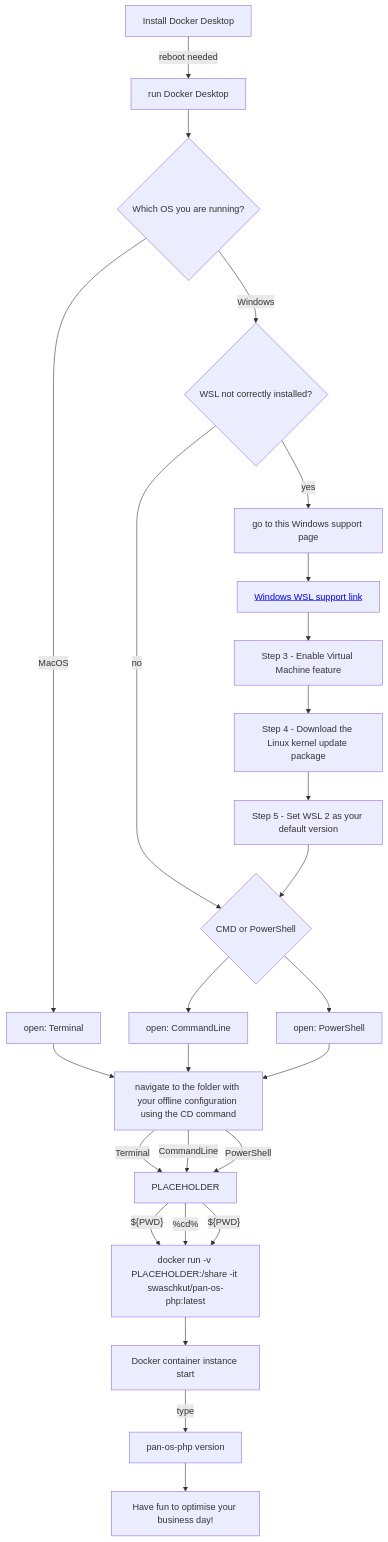
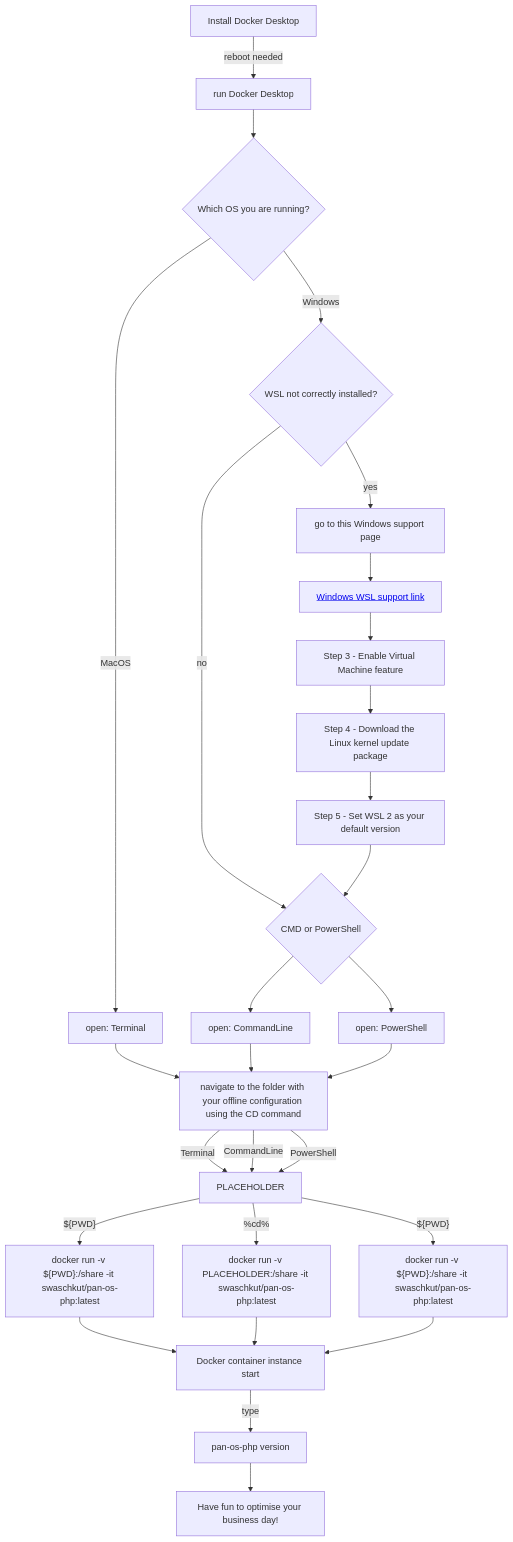
Before and after one commit to PaloAltoNetworks/pan-os-php: the diagram in READMEdocker.md, drawn with Mermaid.

````diff
--- a/READMEdocker.md
+++ b/READMEdocker.md
@@ -4,58 +4,60 @@
 ```mermaid
 graph TD
     
     
     BB[Install Docker Desktop] -->|reboot needed| CC[run Docker Desktop]
     CC --> CC1[which OS]
     
     CC1{Which OS you are running?} -->|MacOS| B1[open: Terminal]
     CC1{Which OS you are running?} -->|Windows| C1[check Docker]
     
     
     B1 --> Z[navigate to the folder with your offline configuration using the CD command]
     
     Z -->|Terminal| Z1[PLACEHOLDER]
-    Z1 -->|"${PWD}"| K1[docker run -v PLACEHOLDER:/share -it swaschkut/pan-os-php:latest]
+    Z1 -->|"${PWD}"| K1A["docker run -v ${PWD}:/share -it swaschkut/pan-os-php:latest"]
     
     
    
     
     
  
     
     C1{WSL not correctly installed?} -->|no| C8[continue]
     C1{WSL not correctly installed?} -->|yes| C3[go to this Windows support page]
     
    
     
     C3 --> C4[<a href='https://docs.microsoft.com/en-gb/windows/wsl/install-manual'>Windows WSL support link</a>]
     
     C4 --> C5[Step 3 - Enable Virtual Machine feature]
     C5 --> C6[Step 4 - Download the Linux kernel update package]
     C6 --> C7[Step 5 - Set WSL 2 as your default version]
     
     
     C7 --> C8[continue]
     
     C8{CMD or PowerShell} --> E2[open: CommandLine]
     C8{CMD or PowerShell} --> F2[open: PowerShell]
     
     
     E2 --> Z[navigate to the folder with your offline configuration using the CD command]
     Z -->|CommandLine| Z1[PLACEHOLDER]
     F2 --> Z[navigate to the folder with your offline configuration using the CD command]
     Z -->|PowerShell| Z1[PLACEHOLDER]
     
-    Z1 -->|"%cd%"| K1[docker run -v PLACEHOLDER:/share -it swaschkut/pan-os-php:latest]
-    Z1 -->|"${PWD}"| K1[docker run -v PLACEHOLDER:/share -it swaschkut/pan-os-php:latest]
+    Z1 -->|"%cd%"| K1B["docker run -v PLACEHOLDER:/share -it swaschkut/pan-os-php:latest"]
+    Z1 -->|"${PWD}"| K1C["docker run -v ${PWD}:/share -it swaschkut/pan-os-php:latest"]
     
     
     
  
     
-    K1 --> K3[Docker container instance start]
+    K1A --> K3[Docker container instance start]
+    K1B --> K3[Docker container instance start]
+    K1C --> K3[Docker container instance start]
     K3 -->|type| L[pan-os-php version]
 
     
     L --> M[Have fun to optimise your business day!]
 ```
````
